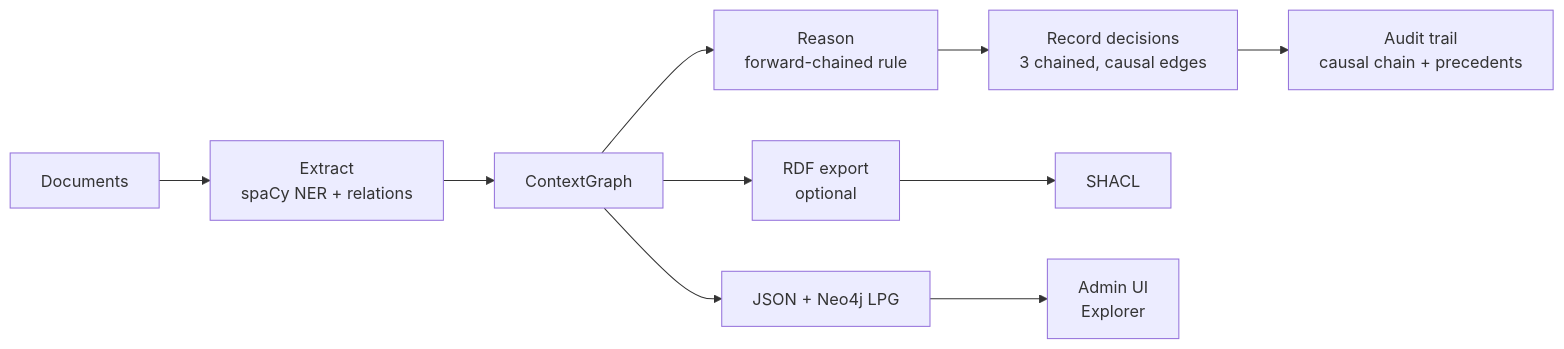
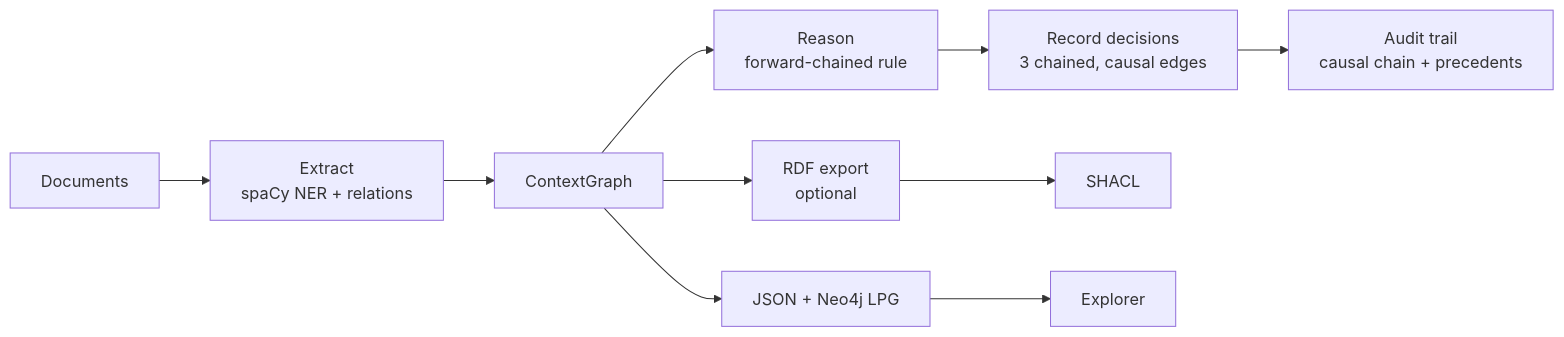
One commit to fanqingsong/accountable-lending changed the diagram in README.md. Above: the diagram before and after it, drawn with Mermaid. The commit also changed other lines of this file and 97 other files, not shown here.

````diff
--- a/README.md
+++ b/README.md
@@ -20,12 +20,12 @@
 ```mermaid
 flowchart LR
     A[Documents] --> B[Extract<br/>spaCy NER + relations]
     B --> C[ContextGraph]
     C --> D[Reason<br/>forward-chained rule]
     D --> E[Record decisions<br/>3 chained, causal edges]
     E --> F[Audit trail<br/>causal chain + precedents]
     C --> G[JSON + Neo4j LPG]
     C --> H[RDF export<br/>optional]
     H --> I[SHACL]
-    G --> J[Admin UI<br/>Explorer]
+    G --> J[Explorer]
 ```
````
